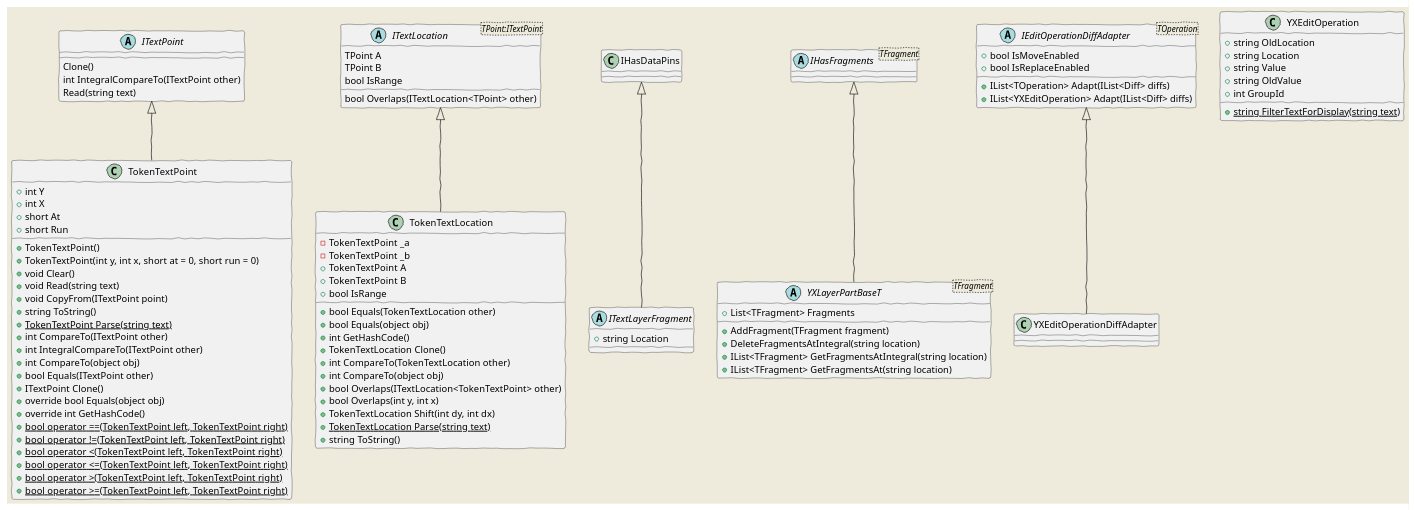
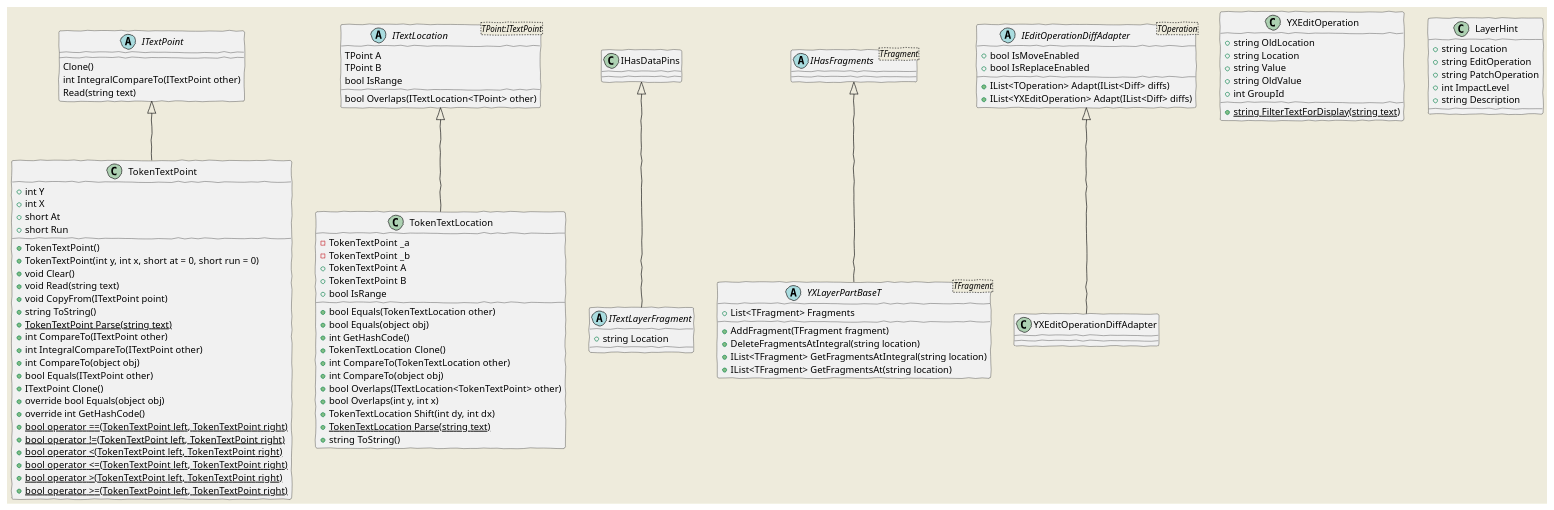
Before and after one commit to vedph/cadmus_core: the second of 4 diagrams in Doc/core.md, drawn with PlantUML. The commit also changed other lines of this file and 1 other file, not shown here.

Commit message:
Added LayerHint

````diff
--- a/Doc/core.md
+++ b/Doc/core.md
@@ -288,5 +288,11 @@
     IEditOperationDiffAdapterT : +bool IsMoveEnabled
     IEditOperationDiffAdapterT : +bool IsReplaceEnabled
     IEditOperationDiffAdapterT : +IList<YXEditOperation> Adapt(IList<Diff> diffs)
+
+    LayerHint : +string Location
+    LayerHint : +string EditOperation
+    LayerHint : +string PatchOperation
+    LayerHint : +int ImpactLevel
+    LayerHint : +string Description
 @enduml
 ```
````
